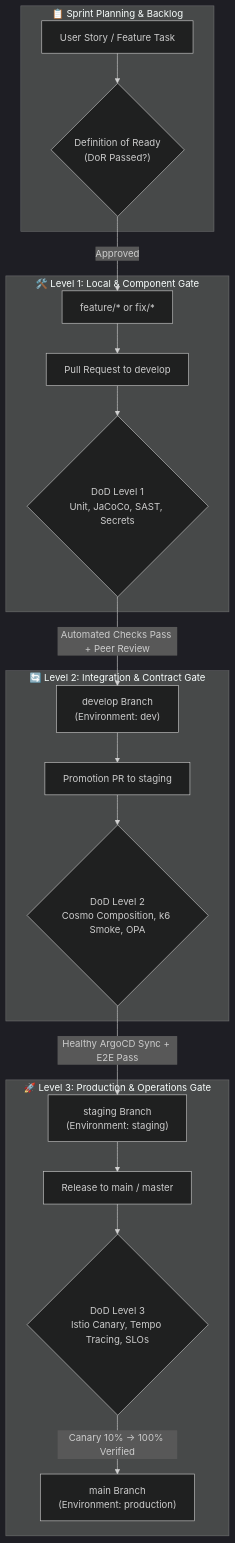
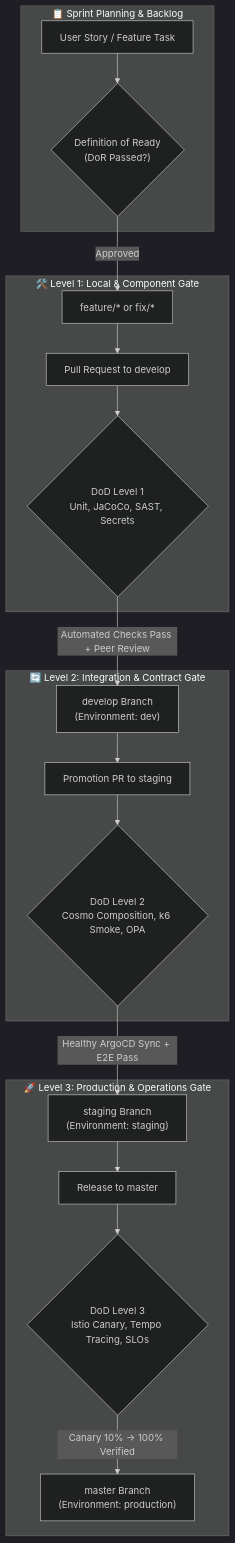
The diagram in docs/03-devsecops-and-testing/QUALITY_GATES_AND_DOD.md (GeorgeGxx/microservices-architecture), drawn with Mermaid (dark theme) before and after one commit. The commit also changed other lines of this file and 50 other files, not shown here.

Commit message:
chore(governance): standardize Git branch strategy to develop, staging, master across all CI/CD, GitOps, and docs

````diff
--- a/docs/03-devsecops-and-testing/QUALITY_GATES_AND_DOD.md
+++ b/docs/03-devsecops-and-testing/QUALITY_GATES_AND_DOD.md
@@ -21,38 +21,38 @@
 ```mermaid
 flowchart TD
     subgraph Backlog ["📋 Sprint Planning & Backlog"]
         Issue["User Story / Feature Task"]
         DoR{"Definition of Ready<br/>(DoR Passed?)"}
     end
 
     subgraph Phase1 ["🛠️ Level 1: Local & Component Gate"]
         Branch["feature/* or fix/*"]
         PR1["Pull Request to develop"]
         DoD1{"DoD Level 1<br/>Unit, JaCoCo, SAST, Secrets"}
     end
 
     subgraph Phase2 ["🔄 Level 2: Integration & Contract Gate"]
         Develop["develop Branch<br/>(Environment: dev)"]
         StagingPR["Promotion PR to staging"]
         DoD2{"DoD Level 2<br/>Cosmo Composition, k6 Smoke, OPA"}
     end
 
     subgraph Phase3 ["🚀 Level 3: Production & Operations Gate"]
         Staging["staging Branch<br/>(Environment: staging)"]
-        MainPR["Release to main / master"]
+        MainPR["Release to master"]
         DoD3{"DoD Level 3<br/>Istio Canary, Tempo Tracing, SLOs"}
-        Prod["main Branch<br/>(Environment: production)"]
+        Prod["master Branch<br/>(Environment: production)"]
     end
 
     Issue --> DoR
     DoR -->|Approved| Branch
     Branch --> PR1
     PR1 --> DoD1
     DoD1 -->|Automated Checks Pass + Peer Review| Develop
     Develop --> StagingPR
     StagingPR --> DoD2
     DoD2 -->|Healthy ArgoCD Sync + E2E Pass| Staging
     Staging --> MainPR
     MainPR --> DoD3
     DoD3 -->|Canary 10% -> 100% Verified| Prod
 ```
````
